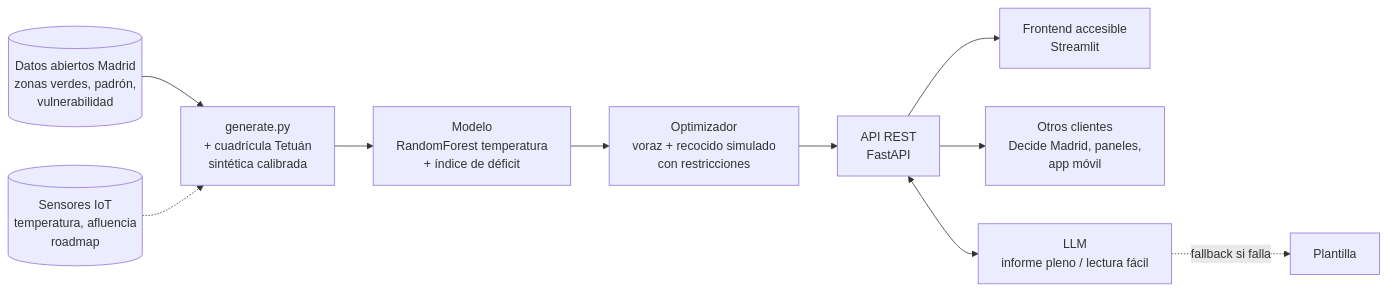
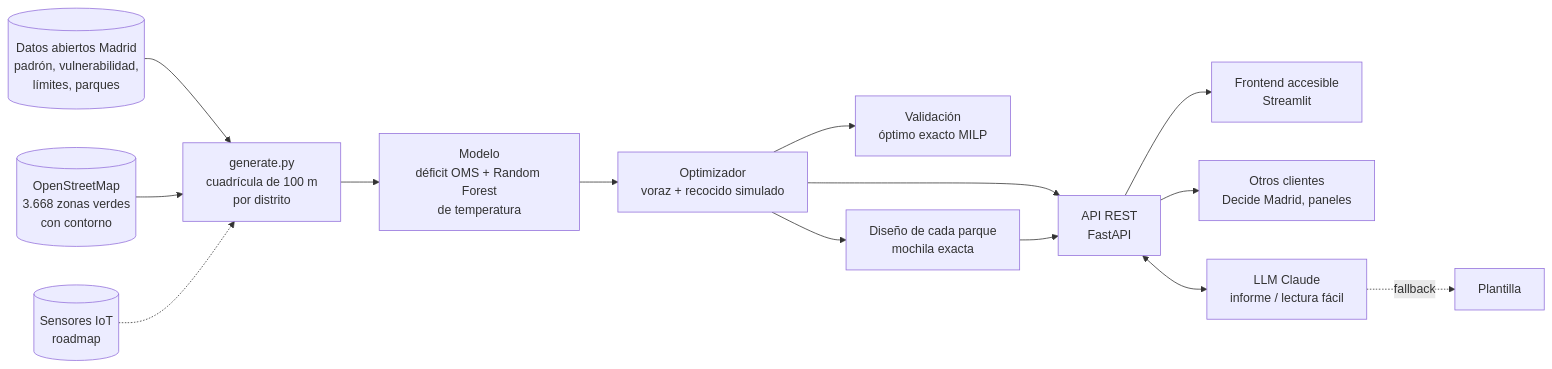
The diagram in README.md (villanuevadrian/parques-bolsillo-madrid), drawn with Mermaid before and after one commit. The commit also changed other lines of this file and 9 other files, not shown here.

Commit message:
preparado para GitHub: README con contexto UC3M y reto, capturas, atribución de datos, licencia MIT

````diff
--- a/README.md
+++ b/README.md
@@ -18,12 +41,16 @@
 ```mermaid
 flowchart LR
-    R[(Datos abiertos Madrid<br/>zonas verdes, padrón,<br/>vulnerabilidad)] --> G[generate.py<br/>+ cuadrícula Tetuán<br/>sintética calibrada]
-    I[(Sensores IoT<br/>temperatura, afluencia<br/>roadmap)] -.-> G
-    G --> M[Modelo<br/>RandomForest temperatura<br/>+ índice de déficit]
-    M --> O[Optimizador<br/>voraz + recocido simulado<br/>con restricciones]
-    O --> A[API REST<br/>FastAPI]
+    R[(Datos abiertos Madrid<br/>padrón, vulnerabilidad,<br/>límites, parques)] --> G[generate.py<br/>cuadrícula de 100 m<br/>por distrito]
+    O[(OpenStreetMap<br/>3.668 zonas verdes<br/>con contorno)] --> G
+    I[(Sensores IoT<br/>roadmap)] -.-> G
+    G --> M[Modelo<br/>déficit OMS + Random Forest<br/>de temperatura]
+    M --> P[Optimizador<br/>voraz + recocido simulado]
+    P --> V[Validación<br/>óptimo exacto MILP]
+    P --> D[Diseño de cada parque<br/>mochila exacta]
+    P --> A[API REST<br/>FastAPI]
+    D --> A
     A --> F[Frontend accesible<br/>Streamlit]
-    A --> C[Otros clientes<br/>Decide Madrid, paneles,<br/>app móvil]
-    A <--> L[LLM<br/>informe pleno / lectura fácil]
-    L -. fallback si falla .-> P[Plantilla]
+    A --> C[Otros clientes<br/>Decide Madrid, paneles]
+    A <--> L[LLM Claude<br/>informe / lectura fácil]
+    L -. fallback .-> T[Plantilla]
 ```
````
